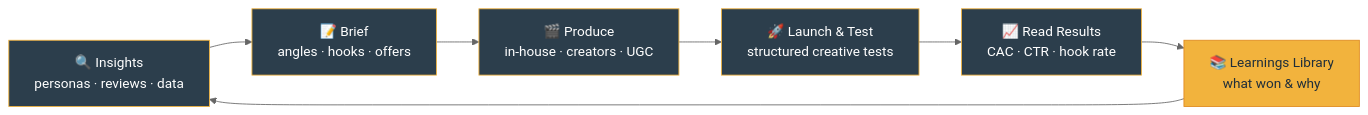
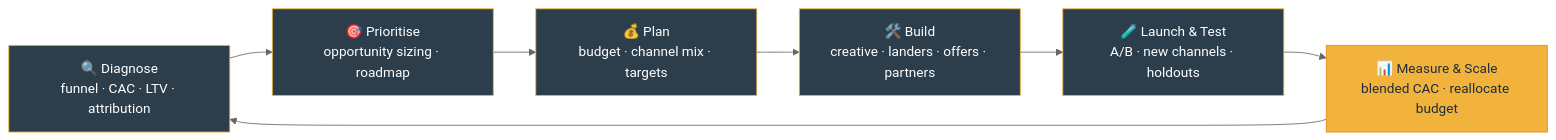
Before and after one commit to kareemnasr96/kareemnasr96: the first of 2 diagrams in README.md, drawn with Mermaid (neutral theme). The commit also changed other lines of this file, not shown here.

````diff
--- a/README.md
+++ b/README.md
@@ -52,15 +52,15 @@
 ```mermaid
 flowchart LR
-    A[🔍 Insights<br/>personas · reviews · data] --> B[📝 Brief<br/>angles · hooks · offers]
-    B --> C[🎬 Produce<br/>in-house · creators · UGC]
-    C --> D[🚀 Launch & Test<br/>structured creative tests]
-    D --> E[📈 Read Results<br/>CAC · CTR · hook rate]
-    E --> F[📚 Learnings Library<br/>what won & why]
+    A[🔍 Diagnose<br/>funnel · CAC · LTV · attribution] --> B[🎯 Prioritise<br/>opportunity sizing · roadmap]
+    B --> C[💰 Plan<br/>budget · channel mix · targets]
+    C --> D[🛠️ Build<br/>creative · landers · offers · partners]
+    D --> E[🧪 Launch & Test<br/>A/B · new channels · holdouts]
+    E --> F[📊 Measure & Scale<br/>blended CAC · reallocate budget]
     F --> A
     style A fill:#2C3E4C,color:#fff,stroke:#F2B33D
     style B fill:#2C3E4C,color:#fff,stroke:#F2B33D
     style C fill:#2C3E4C,color:#fff,stroke:#F2B33D
     style D fill:#2C3E4C,color:#fff,stroke:#F2B33D
     style E fill:#2C3E4C,color:#fff,stroke:#F2B33D
     style F fill:#F2B33D,color:#1F2E3A,stroke:#E08A1E
 ```
````
